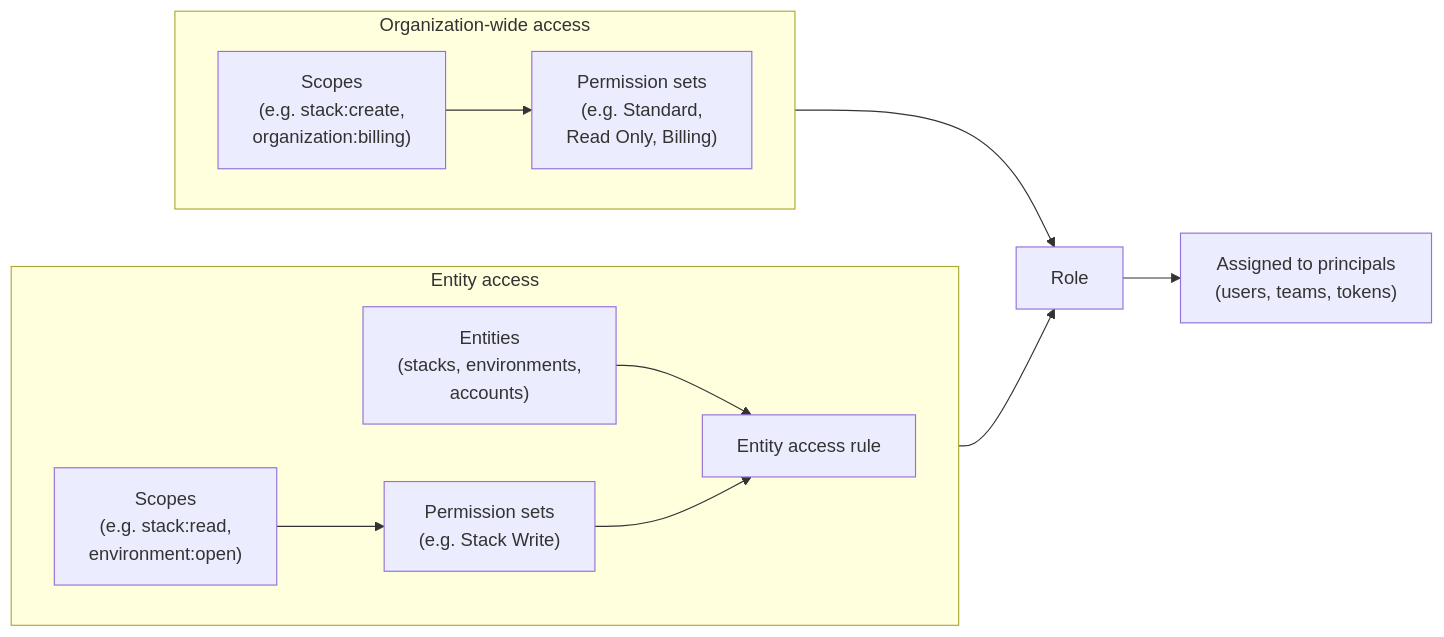
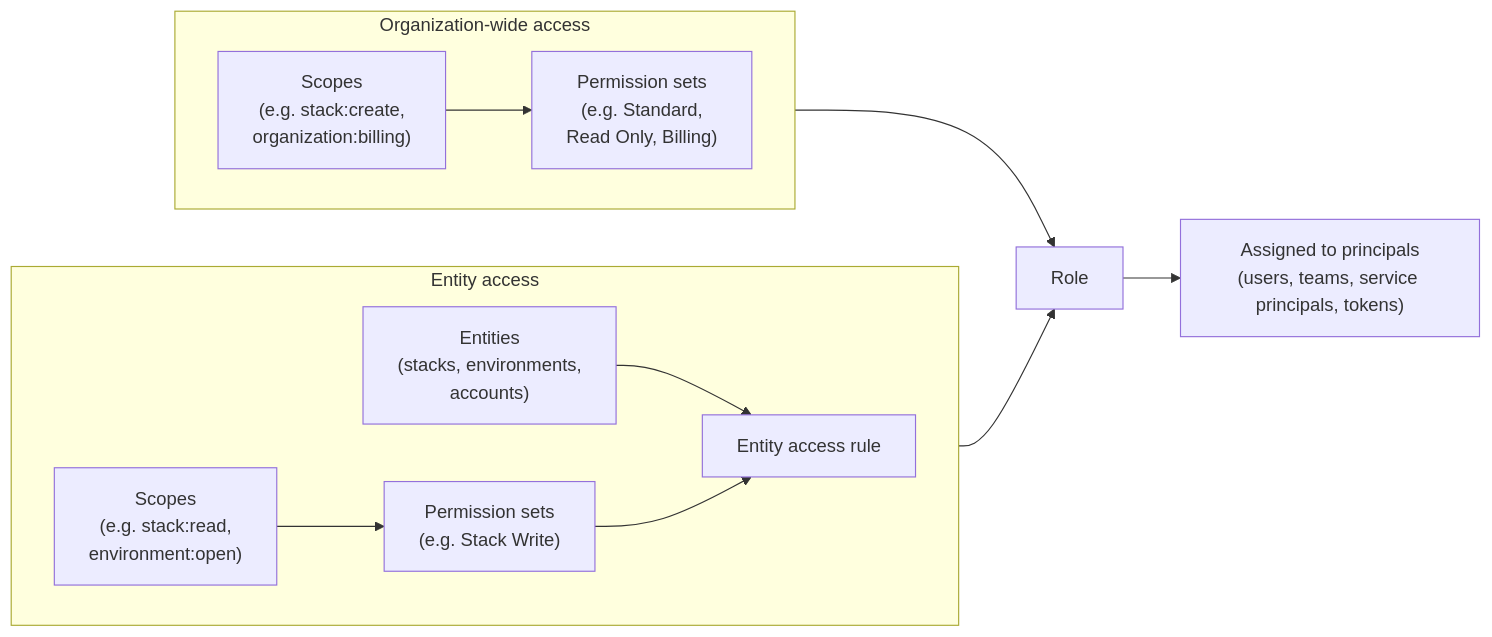
Before and after one commit to pulumi/docs: the diagram in content/docs/administration/concepts/rbac/roles.md, drawn with Mermaid. The commit also changed other lines of this file and 27 other files, not shown here.

First line of the commit message:
Document service principals, permission modes, deployment identity and Delivery pipeline identity (#362)

````diff
--- a/content/docs/administration/concepts/rbac/roles.md
+++ b/content/docs/administration/concepts/rbac/roles.md
@@ -22,16 +22,16 @@
 ```mermaid
 flowchart LR
     subgraph EA["Entity access"]
         direction LR
         ESC["Scopes<br/>(e.g. stack:read,<br/>environment:open)"] --> EPS["Permission sets<br/>(e.g. Stack Write)"]
         ENT["Entities<br/>(stacks, environments,<br/>accounts)"] --> EAR["Entity access rule"]
         EPS --> EAR
     end
     subgraph OA["Organization-wide access"]
         direction LR
         OSC["Scopes<br/>(e.g. stack:create,<br/>organization:billing)"] --> OPS["Permission sets<br/>(e.g. Standard,<br/>Read Only, Billing)"]
     end
     EAR --> ROLE["Role"]
     OPS --> ROLE
-    ROLE --> PR["Assigned to principals<br/>(users, teams, tokens)"]
+    ROLE --> PR["Assigned to principals<br/>(users, teams, service principals, tokens)"]
 ```
````
